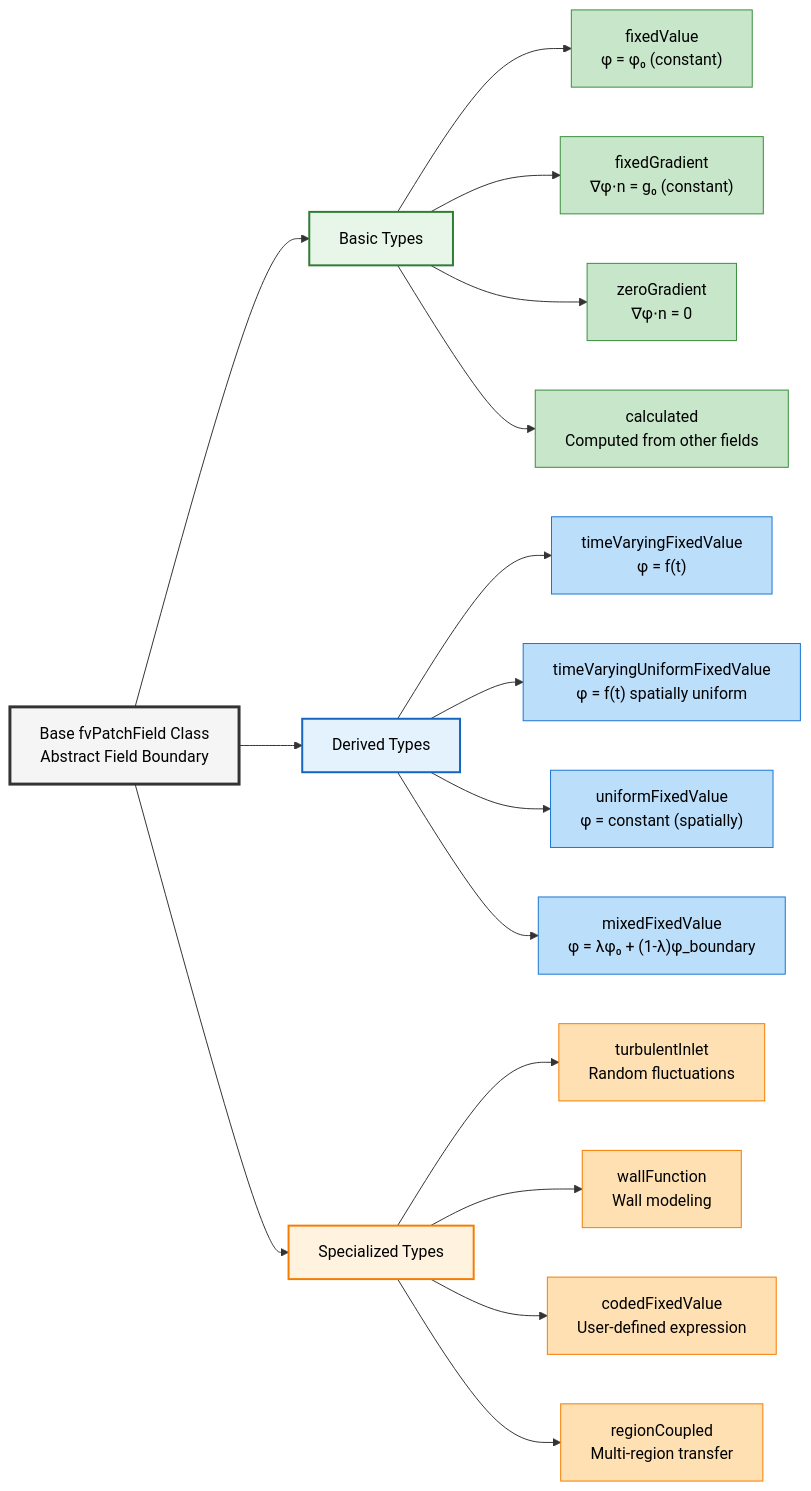
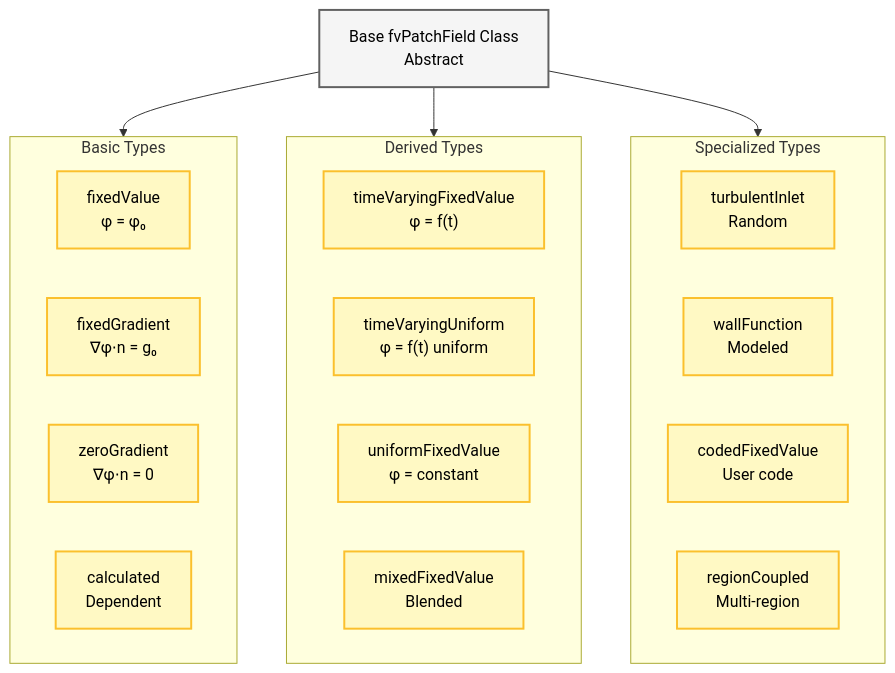
The diagram in MODULE_01_CFD_FUNDAMENTALS/CONTENT/03_BOUNDARY_CONDITIONS/00_Overview.md (wramet/build-my-cfd), drawn with Mermaid before and after one commit. The commit also changed 313 other files, not shown here.

Commit message:
Revise all diagram

````diff
--- a/MODULE_01_CFD_FUNDAMENTALS/CONTENT/03_BOUNDARY_CONDITIONS/00_Overview.md
+++ b/MODULE_01_CFD_FUNDAMENTALS/CONTENT/03_BOUNDARY_CONDITIONS/00_Overview.md
@@ -210,38 +210,33 @@
 ```mermaid
-graph LR
-    A["Base fvPatchField Class<br/>Abstract Field Boundary"] --> B["Basic Types"]
-    A --> C["Derived Types"]
-    A --> D["Specialized Types"]
+flowchart TD
+    A["Base fvPatchField Class<br/>Abstract"]:::context
+    
+    subgraph Basic["Basic Types"]
+        B1["fixedValue<br/>φ = φ₀"]:::explicit
+        B2["fixedGradient<br/>∇φ⋅n = g₀"]:::explicit
+        B3["zeroGradient<br/>∇φ⋅n = 0"]:::explicit
+        B4["calculated<br/>Dependent"]:::explicit
+    end
+    
+    subgraph Derived["Derived Types"]
+        C1["timeVaryingFixedValue<br/>φ = f(t)"]:::explicit
+        C2["timeVaryingUniform<br/>φ = f(t) uniform"]:::explicit
+        C3["uniformFixedValue<br/>φ = constant"]:::explicit
+        C4["mixedFixedValue<br/>Blended"]:::explicit
+    end
+    
+    subgraph Specialized["Specialized Types"]
+        D1["turbulentInlet<br/>Random"]:::explicit
+        D2["wallFunction<br/>Modeled"]:::explicit
+        D3["codedFixedValue<br/>User code"]:::explicit
+        D4["regionCoupled<br/>Multi-region"]:::explicit
+    end
+    
+    A --> Basic
+    A --> Derived
+    A --> Specialized
 
-    B --> B1["fixedValue<br/>φ = φ₀ (constant)"]
-    B --> B2["fixedGradient<br/>∇φ⋅n = g₀ (constant)"]
-    B --> B3["zeroGradient<br/>∇φ⋅n = 0"]
-    B --> B4["calculated<br/>Computed from other fields"]
-
-    C --> C1["timeVaryingFixedValue<br/>φ = f(t)"]
-    C --> C2["timeVaryingUniformFixedValue<br/>φ = f(t) spatially uniform"]
-    C --> C3["uniformFixedValue<br/>φ = constant (spatially)"]
-    C --> C4["mixedFixedValue<br/>φ = λφ₀ + (1-λ)φ_boundary"]
-
-    D --> D1["turbulentInlet<br/>Random fluctuations"]
-    D --> D2["wallFunction<br/>Wall modeling"]
-    D --> D3["codedFixedValue<br/>User-defined expression"]
-    D --> D4["regionCoupled<br/>Multi-region transfer"]
-
-    style A fill:#f5f5f5,stroke:#333,stroke-width:3px,color:#000
-    style B fill:#e8f5e9,stroke:#2e7d32,stroke-width:2px,color:#000
-    style C fill:#e3f2fd,stroke:#1565c0,stroke-width:2px,color:#000
-    style D fill:#fff3e0,stroke:#f57c00,stroke-width:2px,color:#000
-    style B1 fill:#c8e6c9,stroke:#388e3c,stroke-width:1px,color:#000
-    style B2 fill:#c8e6c9,stroke:#388e3c,stroke-width:1px,color:#000
-    style B3 fill:#c8e6c9,stroke:#388e3c,stroke-width:1px,color:#000
-    style B4 fill:#c8e6c9,stroke:#388e3c,stroke-width:1px,color:#000
-    style C1 fill:#bbdefb,stroke:#1976d2,stroke-width:1px,color:#000
-    style C2 fill:#bbdefb,stroke:#1976d2,stroke-width:1px,color:#000
-    style C3 fill:#bbdefb,stroke:#1976d2,stroke-width:1px,color:#000
-    style C4 fill:#bbdefb,stroke:#1976d2,stroke-width:1px,color:#000
-    style D1 fill:#ffe0b2,stroke:#f57c00,stroke-width:1px,color:#000
-    style D2 fill:#ffe0b2,stroke:#f57c00,stroke-width:1px,color:#000
-    style D3 fill:#ffe0b2,stroke:#f57c00,stroke-width:1px,color:#000
-    style D4 fill:#ffe0b2,stroke:#f57c00,stroke-width:1px,color:#000
+    classDef context fill:#f5f5f5,stroke:#616161,stroke-width:2px,color:#000;
+    classDef implicit fill:#e3f2fd,stroke:#1565c0,stroke-width:2px,color:#000;
+    classDef explicit fill:#fff9c4,stroke:#fbc02d,stroke-width:2px,color:#000;
 ```
````
